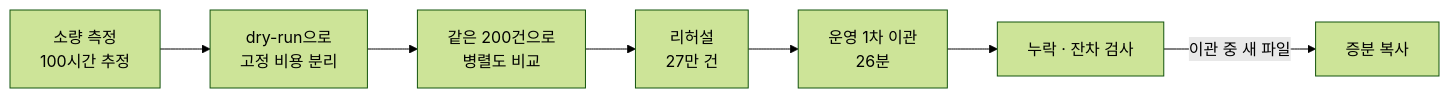
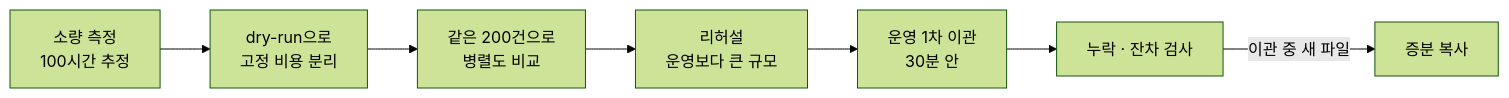
One commit to agent-jeong/backend-lab changed the diagram in 03-work-cases/file-storage-migration.md. Above: the diagram before and after it, drawn with Mermaid (forest theme). The commit also changed other lines of this file and 46 other files, not shown here.

````diff
--- a/03-work-cases/file-storage-migration.md
+++ b/03-work-cases/file-storage-migration.md
@@ -26,9 +26,9 @@
 ```mermaid
 flowchart LR
     A[소량 측정<br/>100시간 추정] --> B[dry-run으로<br/>고정 비용 분리]
     B --> C[같은 200건으로<br/>병렬도 비교]
-    C --> D[리허설<br/>27만 건]
-    D --> E[운영 1차 이관<br/>26분]
+    C --> D[리허설<br/>운영보다 큰 규모]
+    D --> E[운영 1차 이관<br/>30분 안]
     E --> F[누락 · 잔차 검사]
     F -->|이관 중 새 파일| G[증분 복사]
 ```
````
